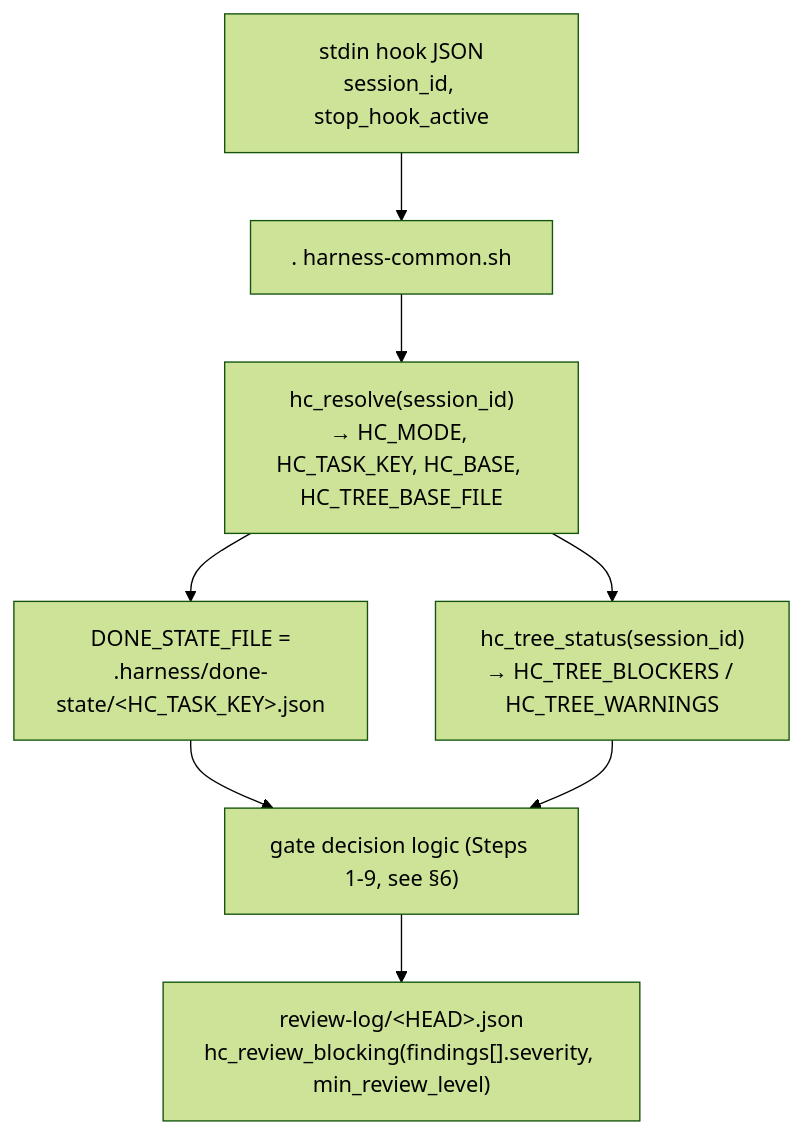
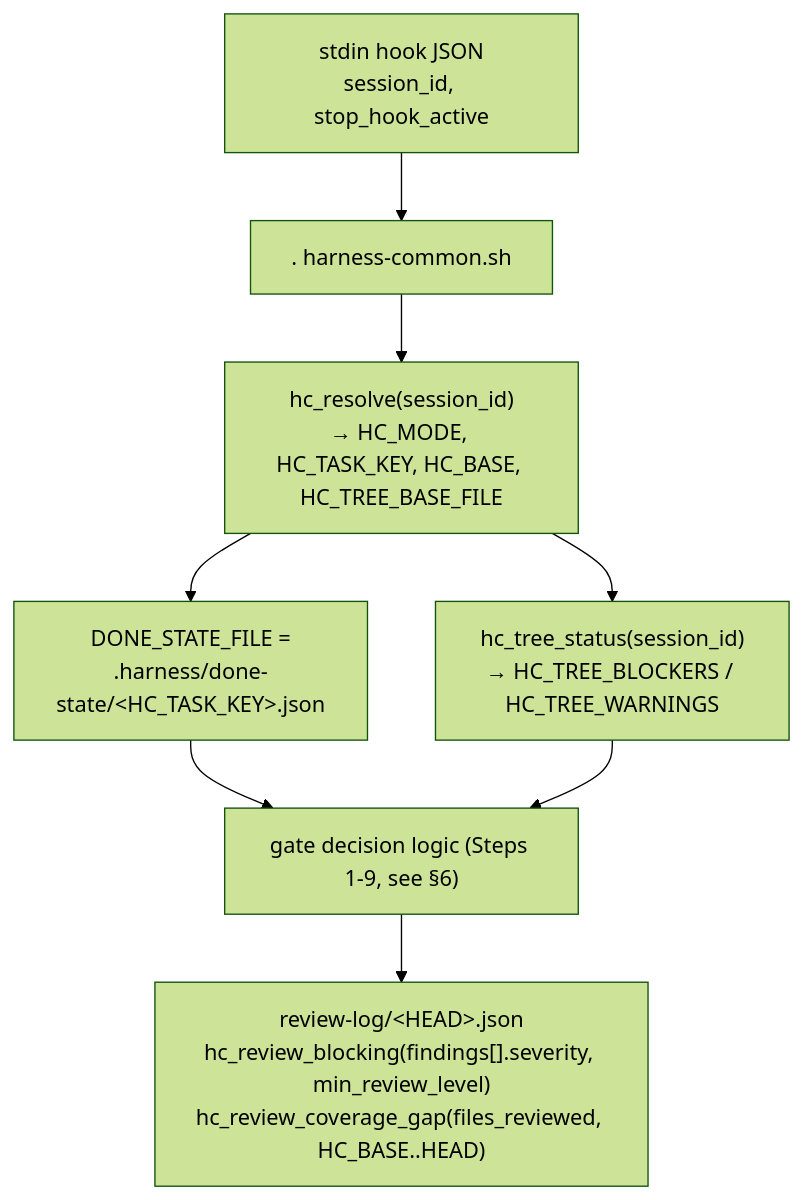
One commit to pehota/harlo changed the fourth of 10 diagrams in docs/architecture.md. Above: the diagram before and after it, drawn with Mermaid (forest theme). The commit also changed other lines of this file and 1 other file, not shown here.

First line of the commit message:
docs(harness): sync design + architecture to coverage contract + deadlock fixes

````diff
--- a/docs/architecture.md
+++ b/docs/architecture.md
@@ -201,10 +201,10 @@
 ```mermaid
 flowchart TD
   IN["stdin hook JSON<br/>session_id, stop_hook_active"] --> SRC[". harness-common.sh"]
   SRC --> R["hc_resolve(session_id)<br/>→ HC_MODE, HC_TASK_KEY, HC_BASE, HC_TREE_BASE_FILE"]
   R --> KEY["DONE_STATE_FILE =<br/>.harness/done-state/&lt;HC_TASK_KEY&gt;.json"]
   R --> T["hc_tree_status(session_id)<br/>→ HC_TREE_BLOCKERS / HC_TREE_WARNINGS"]
   KEY --> DEC["gate decision logic (Steps 1-9, see §6)"]
   T --> DEC
-  DEC --> RL["review-log/&lt;HEAD&gt;.json<br/>hc_review_blocking(findings[].severity, min_review_level)"]
+  DEC --> RL["review-log/&lt;HEAD&gt;.json<br/>hc_review_blocking(findings[].severity, min_review_level)<br/>hc_review_coverage_gap(files_reviewed, HC_BASE..HEAD)"]
 ```
````
